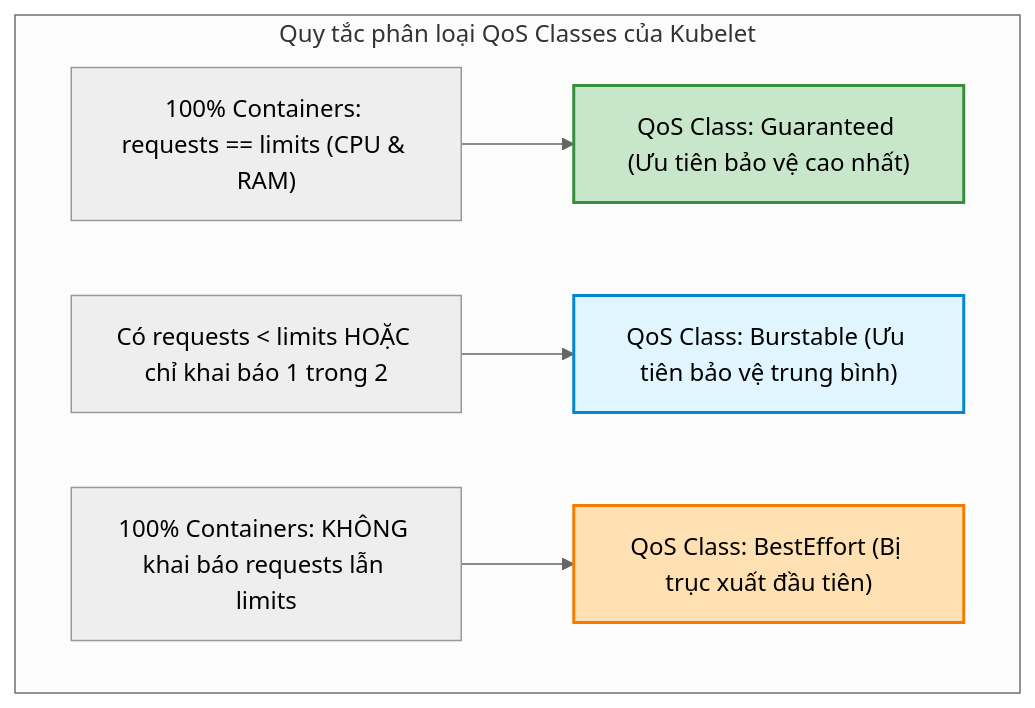
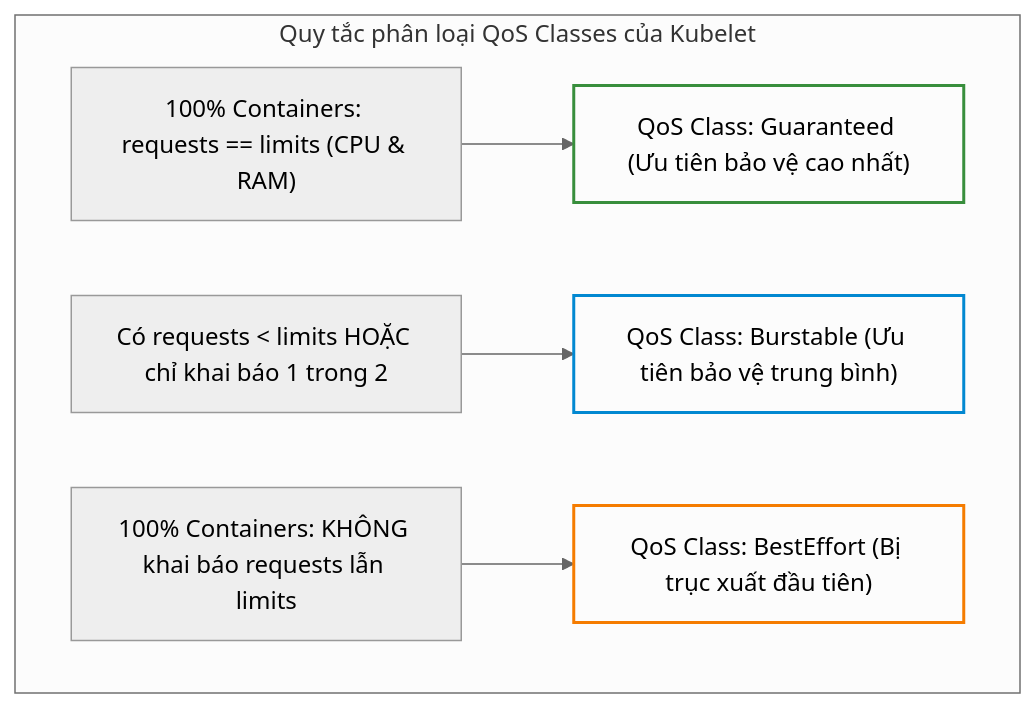
One commit to kiennt308/ntk changed the first of 3 diagrams in _posts/2026-09-12-cka-18-18-tai-nguyen-qos-va-throttling.md. Above: the diagram before and after it, drawn with Mermaid (neutral theme). The commit also changed other lines of this file and 207 other files, not shown here.

Commit message:
feat(posts): batch standardize all 208 posts with TL;DR, qa-card accordion, fill:none mermaid, and liquid raw wrappers

````diff
--- a/_posts/2026-09-12-cka-18-18-tai-nguyen-qos-va-throttling.md
+++ b/_posts/2026-09-12-cka-18-18-tai-nguyen-qos-va-throttling.md
@@ -160,12 +164,12 @@
 ```mermaid
 graph TD
     subgraph QoS_Derivation ["Quy tắc phân loại QoS Classes của Kubelet"]
         REQ_LIMIT_EQUAL["100% Containers: requests == limits (CPU & RAM)"] --> GUARANTEED["QoS Class: Guaranteed (Ưu tiên bảo vệ cao nhất)"]
         REQ_LESS_LIMIT["Có requests < limits HOẶC chỉ khai báo 1 trong 2"] --> BURSTABLE["QoS Class: Burstable (Ưu tiên bảo vệ trung bình)"]
         NO_REQ_LIMIT["100% Containers: KHÔNG khai báo requests lẫn limits"] --> BESTEFFORT["QoS Class: BestEffort (Bị trục xuất đầu tiên)"]
     end
 
-    style GUARANTEED fill:#c8e6c9,stroke:#388e3c,stroke-width:2px
-    style BURSTABLE fill:#e1f5fe,stroke:#0288d1,stroke-width:2px
-    style BESTEFFORT fill:#ffe0b2,stroke:#f57c00,stroke-width:2px
+    style GUARANTEED fill:none,stroke:#388e3c,stroke-width:2px
+    style BURSTABLE fill:none,stroke:#0288d1,stroke-width:2px
+    style BESTEFFORT fill:none,stroke:#f57c00,stroke-width:2px
 ```
````
